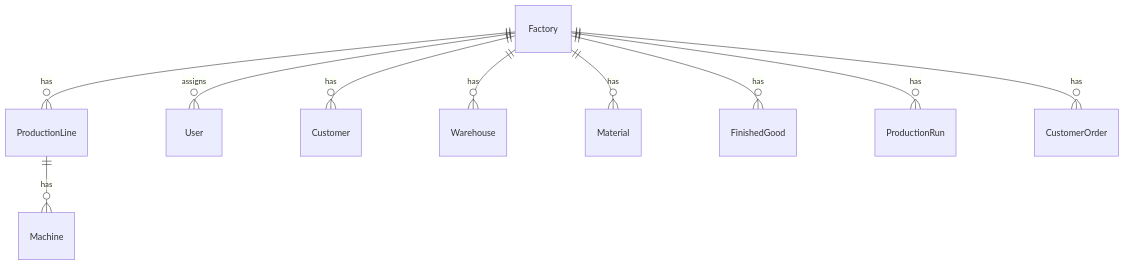
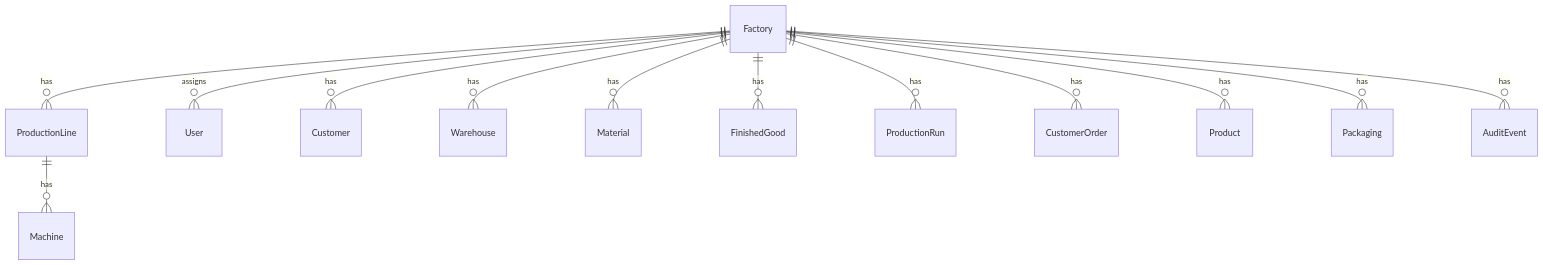
One commit to lesleysacks/FactoryOps changed the second of 6 diagrams in docs/erd.md. Above: the diagram before and after it, drawn with Mermaid. The commit also changed other lines of this file and 41 other files, not shown here.

````diff
--- a/docs/erd.md
+++ b/docs/erd.md
@@ -24,12 +24,15 @@
 ```mermaid
 erDiagram
   Factory ||--o{ ProductionLine : has
   Factory ||--o{ User : assigns
   ProductionLine ||--o{ Machine : has
   Factory ||--o{ Customer : has
   Factory ||--o{ Warehouse : has
   Factory ||--o{ Material : has
   Factory ||--o{ FinishedGood : has
   Factory ||--o{ ProductionRun : has
   Factory ||--o{ CustomerOrder : has
+  Factory ||--o{ Product : has
+  Factory ||--o{ Packaging : has
+  Factory ||--o{ AuditEvent : has
 ```
````
